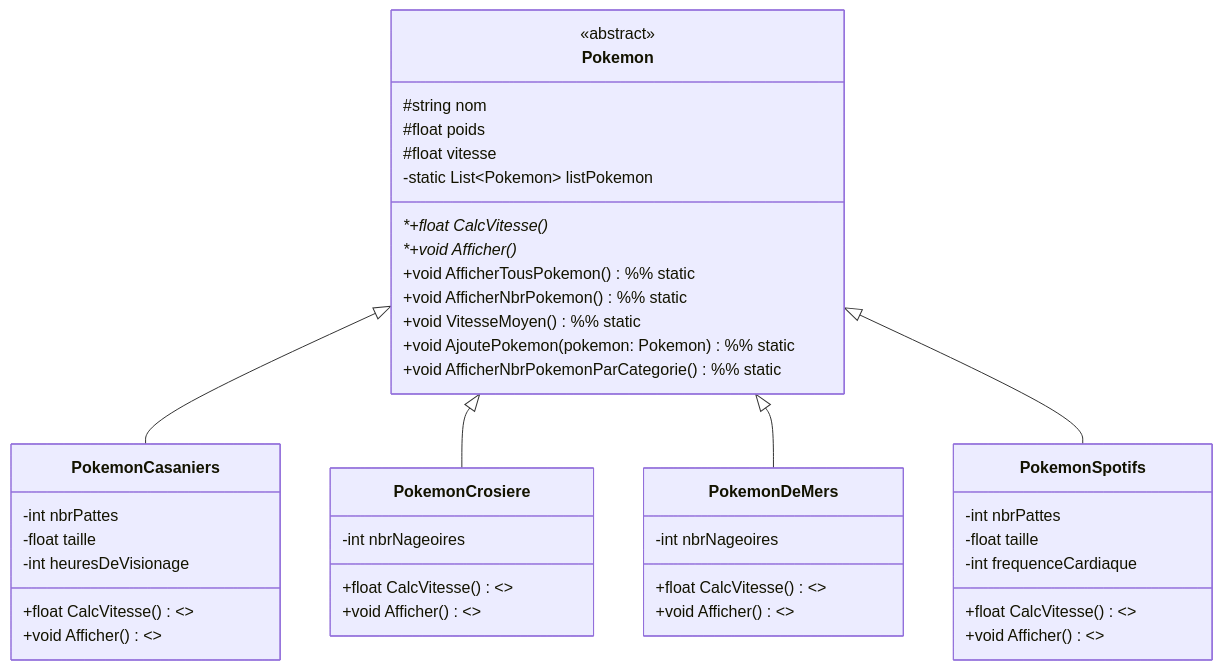
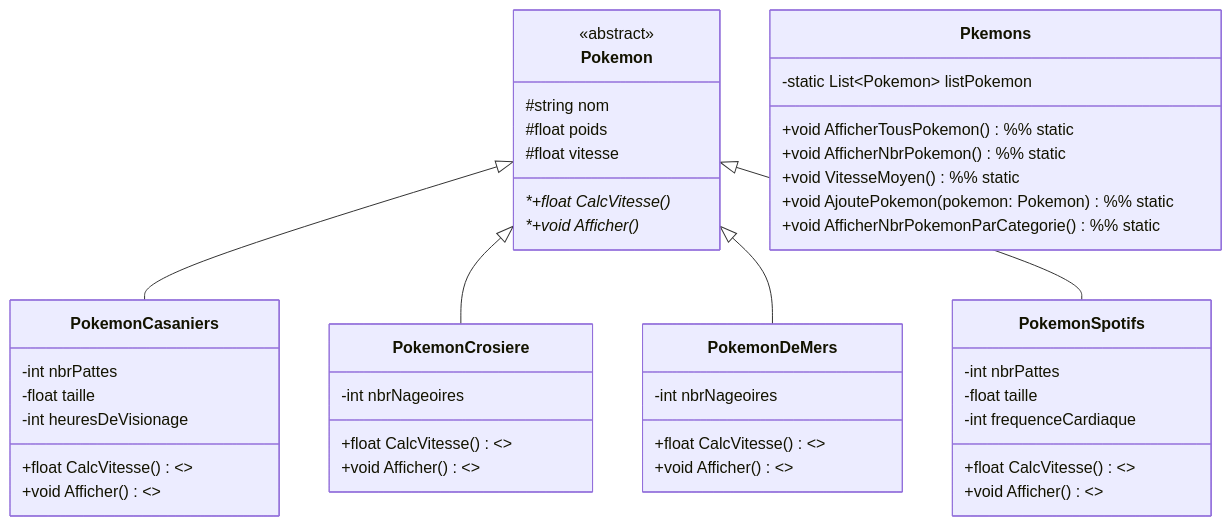
The diagram in uml-ex02.md (Lil-Code30/OOP_TP2), drawn with Mermaid before and after one commit. The commit also changed 1 other file, not shown here.

Commit message:
Ajout de méthodes et d'une nouvelle classe dans UML
- Ajustement mineur dans la propriété `Nom` de `Pokemon.cs`.
- Ajout des méthodes `CalcVitesse()` et `Afficher()` à la classe `Pokemon` dans `uml-ex02.md`.
- Ajout de la classe `Pkemons` dans `uml-ex02.md` avec :
  - Un attribut statique `listPokemon`.
  - Des méthodes statiques : `AfficherTousPokemon()`, `AfficherNbrPokemon()`, `VitesseMoyen()`, et `AjoutePokemon(pokemon: Pokemon)`.

````diff
--- a/uml-ex02.md
+++ b/uml-ex02.md
@@ -3,57 +3,61 @@
 ```mermaid
 	classDiagram
 		class Pokemon{
 			<<abstract>>
 			#string nom
 			#float poids
 			#float vitesse
-			-static List~Pokemon~ listPokemon
+			
 
 			*+float CalcVitesse()*
 			*+void Afficher()*
+		}
+
+		class Pkemons{
+			-static List~Pokemon~ listPokemon
 
 			+void AfficherTousPokemon() %% static
 			+void AfficherNbrPokemon() %% static
 			+void VitesseMoyen() %% static
 			+void AjoutePokemon(pokemon: Pokemon) %% static
 			+void AfficherNbrPokemonParCategorie() %% static
 		}
 		
 		class PokemonCasaniers{
 			-int nbrPattes
 			-float taille
 			-int heuresDeVisionage
 
 			+float CalcVitesse() <<override>>
 			+void Afficher() <<override>>
 		}
 
 		class PokemonCrosiere{
 			-int nbrNageoires
 
 			+float CalcVitesse() <<override>>
 			+void Afficher() <<override>>
 		}
 
 		class PokemonDeMers{
 			-int nbrNageoires
 
 			+float CalcVitesse() <<override>>
 			+void Afficher() <<override>>
 		}
 
 		class PokemonSpotifs{
 			-int nbrPattes
 			-float taille
 			-int frequenceCardiaque
 
 			+float CalcVitesse() <<override>>
 			+void Afficher() <<override>>
 		}
 
 
 		Pokemon <|-- PokemonCasaniers
 		Pokemon <|-- PokemonCrosiere
 		Pokemon <|-- PokemonDeMers
 		Pokemon <|-- PokemonSpotifs
 ```
````
